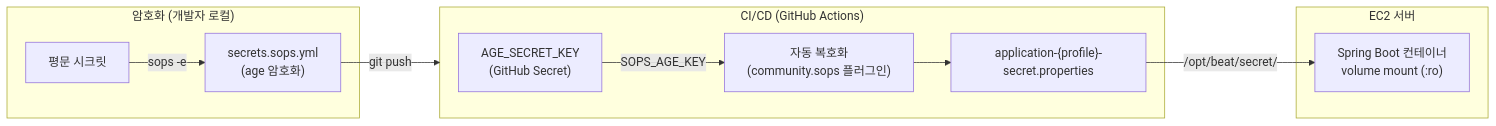
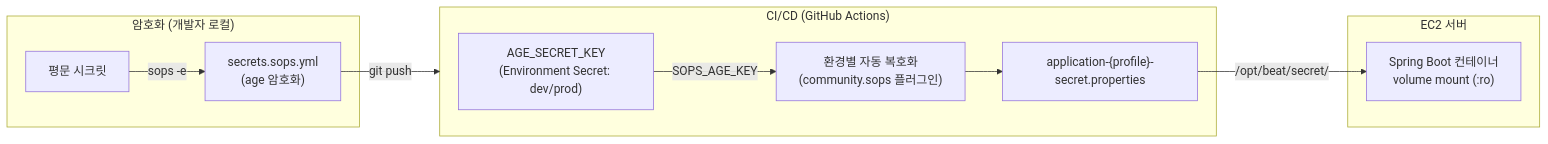
Before and after one commit to TEAM-BEAT/BEAT-SERVER: the sixth of 10 diagrams in infra/README.md, drawn with Mermaid. The commit also changed other lines of this file and 1 other file, not shown here.

````diff
--- a/infra/README.md
+++ b/infra/README.md
@@ -291,18 +312,18 @@
 ```mermaid
 flowchart LR
     subgraph Encryption["암호화 (개발자 로컬)"]
         Plain["평문 시크릿"] -->|"sops -e"| Encrypted["secrets.sops.yml<br/>(age 암호화)"]
     end
 
     subgraph CICD["CI/CD (GitHub Actions)"]
-        GHSecret["AGE_SECRET_KEY<br/>(GitHub Secret)"]
-        GHSecret -->|"SOPS_AGE_KEY"| Decrypt["자동 복호화<br/>(community.sops 플러그인)"]
+        GHSecret["AGE_SECRET_KEY<br/>(Environment Secret: dev/prod)"]
+        GHSecret -->|"SOPS_AGE_KEY"| Decrypt["환경별 자동 복호화<br/>(community.sops 플러그인)"]
         Decrypt --> Props["application-{profile}-secret.properties"]
     end
 
     subgraph Server["EC2 서버"]
         Props -->|"/opt/beat/secret/"| Container["Spring Boot 컨테이너<br/>volume mount (:ro)"]
     end
 
     Encrypted -->|"git push"| CICD
 ```
````
